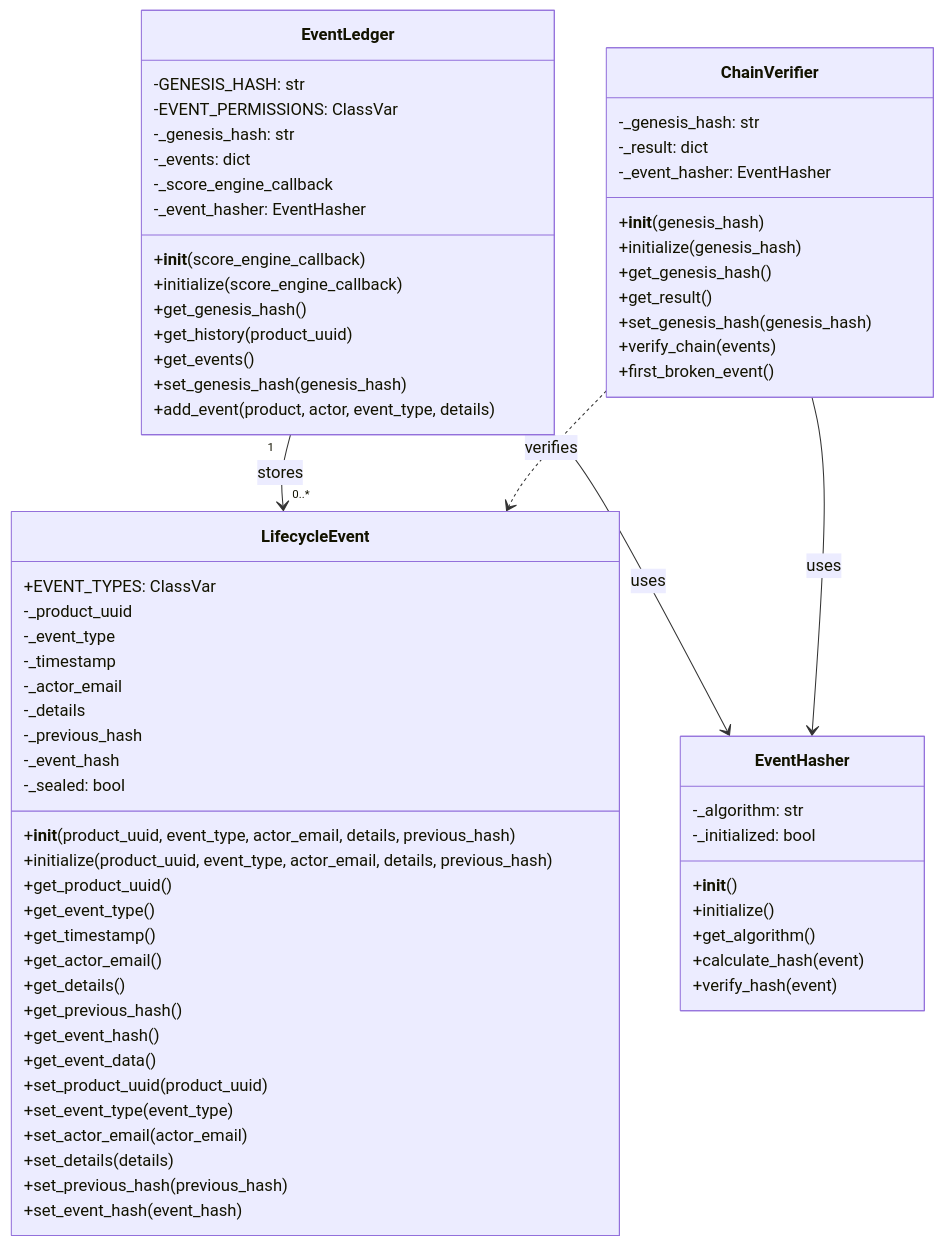
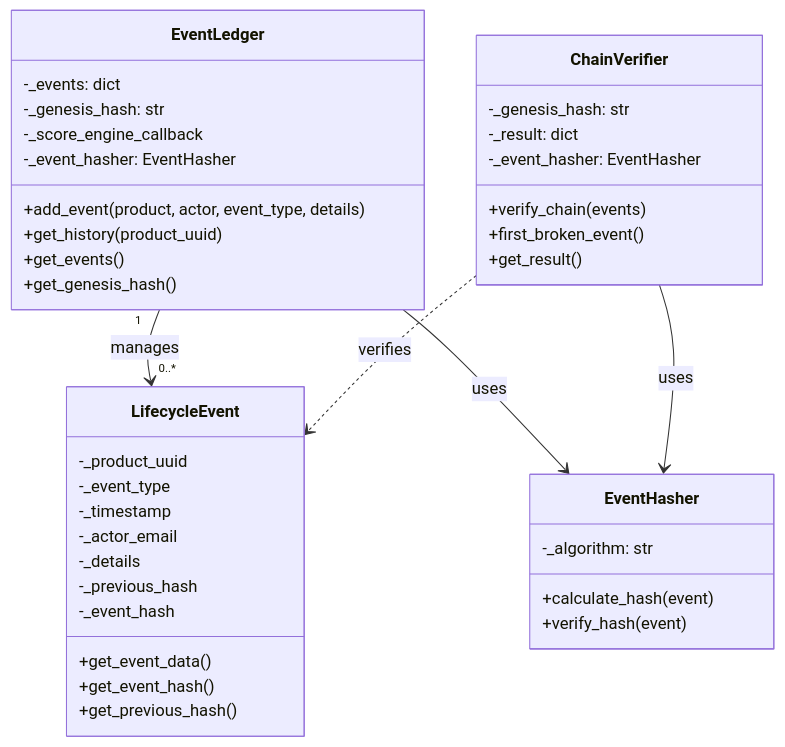
Before and after one commit to pradnya-shinde001/group15-circular-product-passport: the second of 4 diagrams in README.md, drawn with Mermaid. The commit also changed other lines of this file, not shown here.

Commit message:
Update Readme class diagram

````diff
--- a/README.md
+++ b/README.md
@@ -83,75 +85,47 @@
 ```mermaid
 classDiagram
 
     class EventLedger {
-        -GENESIS_HASH: str
-        -EVENT_PERMISSIONS: ClassVar
+        -_events: dict
         -_genesis_hash: str
-        -_events: dict
         -_score_engine_callback
         -_event_hasher: EventHasher
-        +__init__(score_engine_callback)
-        +initialize(score_engine_callback)
-        +get_genesis_hash()
+        +add_event(product, actor, event_type, details)
         +get_history(product_uuid)
         +get_events()
-        +set_genesis_hash(genesis_hash)
-        +add_event(product, actor, event_type, details)
+        +get_genesis_hash()
     }
 
     class LifecycleEvent {
-        +EVENT_TYPES: ClassVar
         -_product_uuid
         -_event_type
         -_timestamp
         -_actor_email
         -_details
         -_previous_hash
         -_event_hash
-        -_sealed: bool
-        +__init__(product_uuid, event_type, actor_email, details, previous_hash)
-        +initialize(product_uuid, event_type, actor_email, details, previous_hash)
-        +get_product_uuid()
-        +get_event_type()
-        +get_timestamp()
-        +get_actor_email()
-        +get_details()
+        +get_event_data()
+        +get_event_hash()
         +get_previous_hash()
-        +get_event_hash()
-        +get_event_data()
-        +set_product_uuid(product_uuid)
-        +set_event_type(event_type)
-        +set_actor_email(actor_email)
-        +set_details(details)
-        +set_previous_hash(previous_hash)
-        +set_event_hash(event_hash)
     }
 
     class EventHasher {
         -_algorithm: str
-        -_initialized: bool
-        +__init__()
-        +initialize()
-        +get_algorithm()
         +calculate_hash(event)
         +verify_hash(event)
     }
 
     class ChainVerifier {
         -_genesis_hash: str
         -_result: dict
         -_event_hasher: EventHasher
-        +__init__(genesis_hash)
-        +initialize(genesis_hash)
-        +get_genesis_hash()
-        +get_result()
-        +set_genesis_hash(genesis_hash)
         +verify_chain(events)
         +first_broken_event()
+        +get_result()
     }
 
-    EventLedger "1" --> "0..*" LifecycleEvent : stores
+    EventLedger "1" --> "0..*" LifecycleEvent : manages
     EventLedger --> EventHasher : uses
     ChainVerifier --> EventHasher : uses
     ChainVerifier ..> LifecycleEvent : verifies
 ```
````
